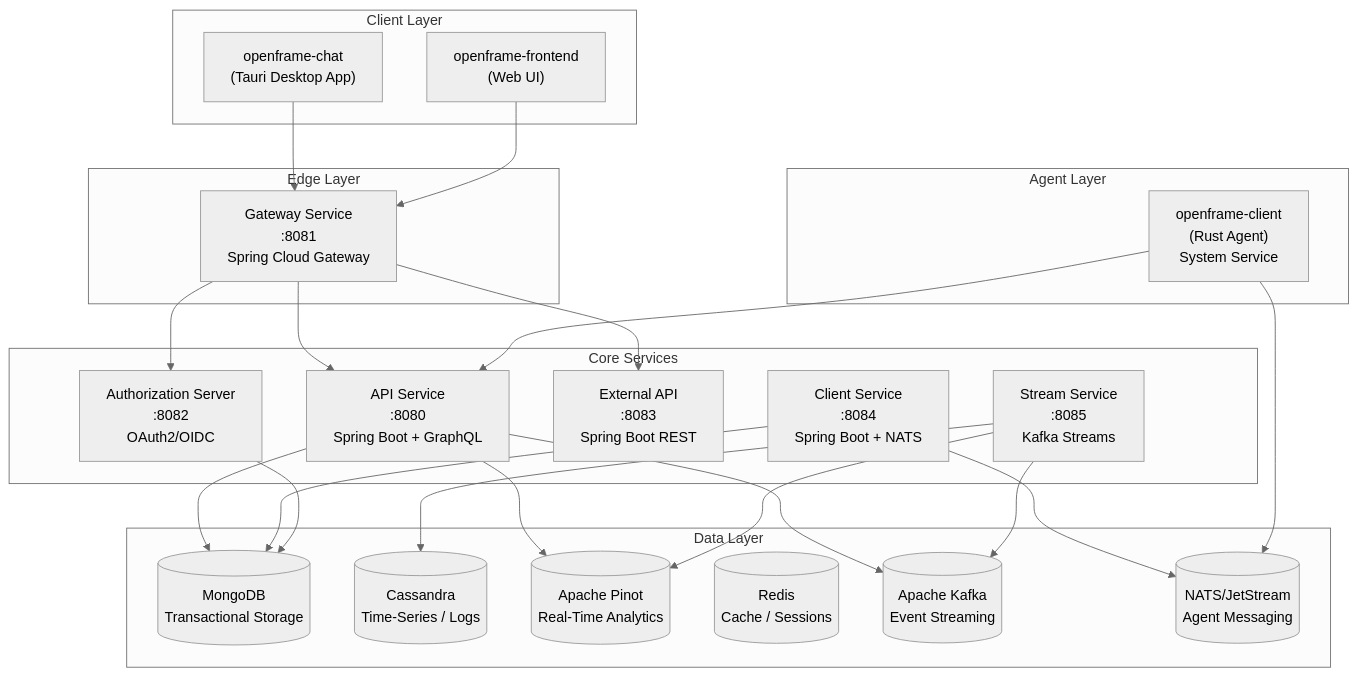
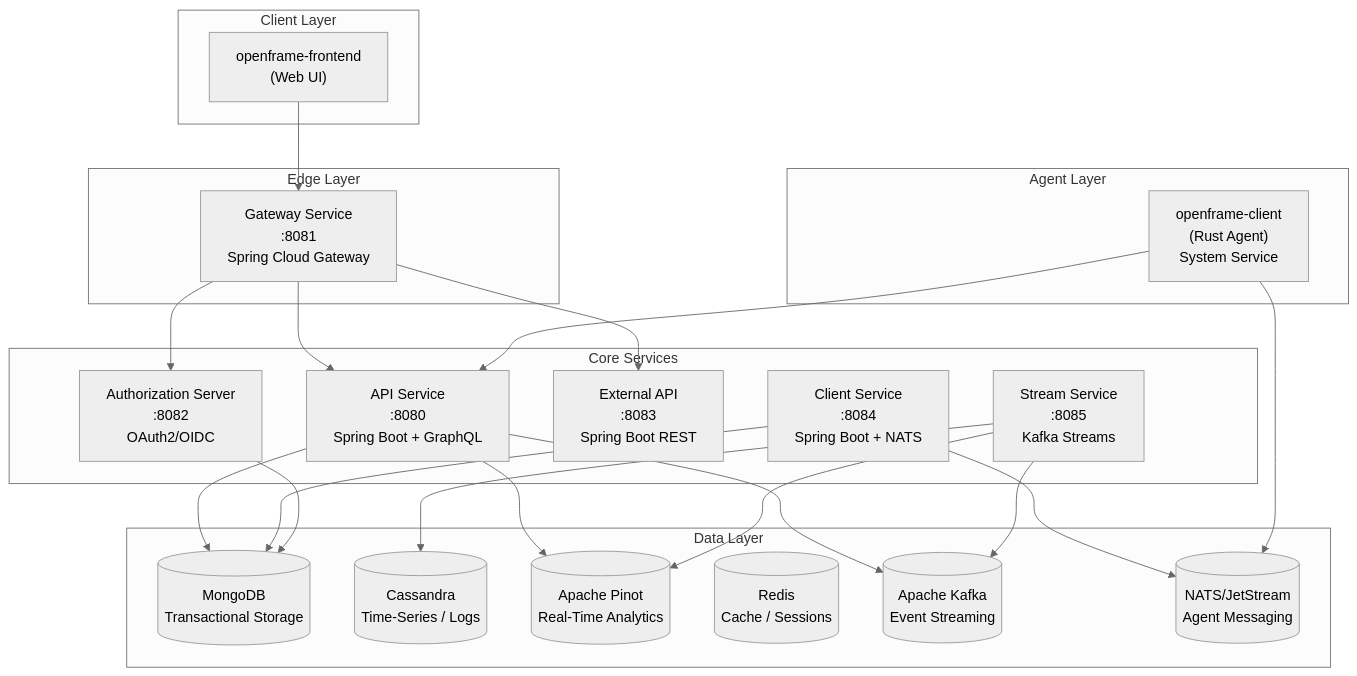
The diagram in docs/diagrams/architecture/high-level-system-architecture.mmd (flamingo-stack/openframe-oss-tenant), drawn with Mermaid (neutral theme) before and after one commit. The commit also changed 222 other files, not shown here.

Commit message:
Remove openframe-chat entirely — moved to openframe-saas-tenant (#2294)

```diff
--- a/docs/diagrams/architecture/high-level-system-architecture.mmd
+++ b/docs/diagrams/architecture/high-level-system-architecture.mmd
@@ -1,47 +1,45 @@
 graph TB
     subgraph Clients["Client Layer"]
-        ChatApp["openframe-chat\n(Tauri Desktop App)"]
         FrontendUI["openframe-frontend\n(Web UI)"]
     end
 
     subgraph Gateway["Edge Layer"]
         GW["Gateway Service\n:8081\nSpring Cloud Gateway"]
     end
 
     subgraph CoreServices["Core Services"]
         API["API Service\n:8080\nSpring Boot + GraphQL"]
         AuthServer["Authorization Server\n:8082\nOAuth2/OIDC"]
         ExtAPI["External API\n:8083\nSpring Boot REST"]
         StreamSvc["Stream Service\n:8085\nKafka Streams"]
         ClientSvc["Client Service\n:8084\nSpring Boot + NATS"]
     end
 
     subgraph AgentLayer["Agent Layer"]
         OFClient["openframe-client\n(Rust Agent)\nSystem Service"]
     end
 
     subgraph DataLayer["Data Layer"]
         Mongo[("MongoDB\nTransactional Storage")]
         Cassandra[("Cassandra\nTime-Series / Logs")]
         Pinot[("Apache Pinot\nReal-Time Analytics")]
         Redis[("Redis\nCache / Sessions")]
         Kafka[("Apache Kafka\nEvent Streaming")]
         NATS[("NATS/JetStream\nAgent Messaging")]
     end
 
-    ChatApp --> GW
     FrontendUI --> GW
     GW --> API
     GW --> AuthServer
     GW --> ExtAPI
     API --> Mongo
     API --> Pinot
     API --> Kafka
     StreamSvc --> Kafka
     StreamSvc --> Cassandra
     StreamSvc --> Pinot
     ClientSvc --> Mongo
     ClientSvc --> NATS
     AuthServer --> Mongo
     OFClient --> NATS
     OFClient --> API
```
